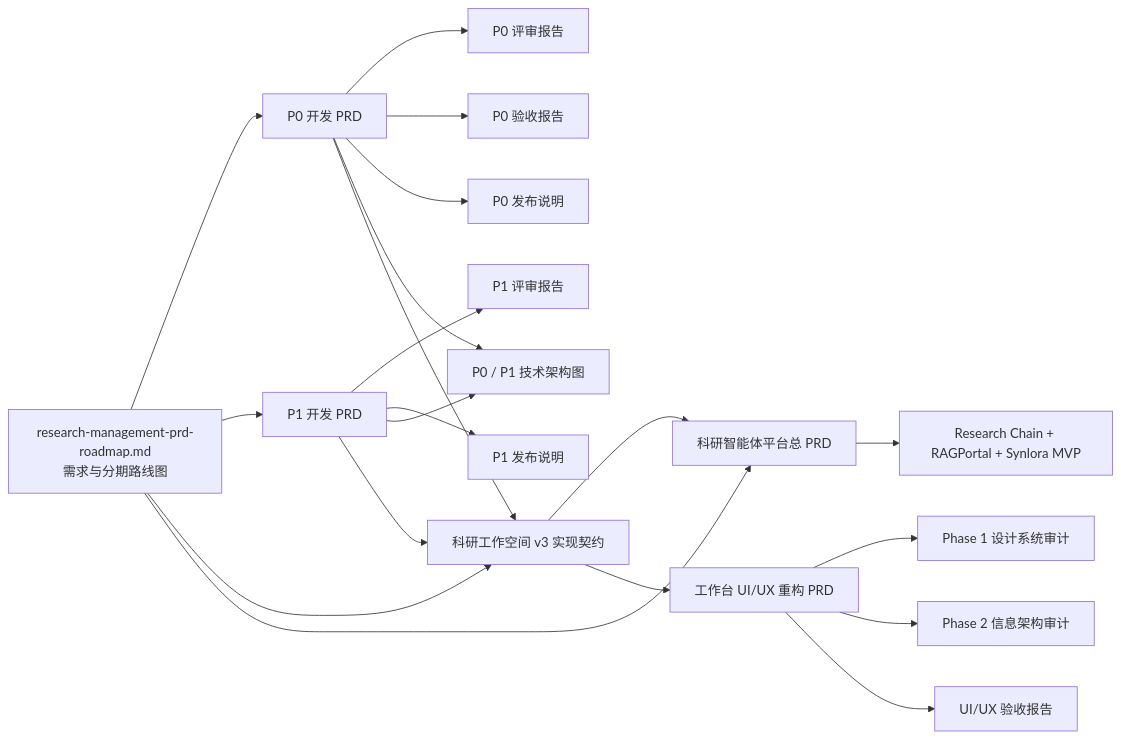
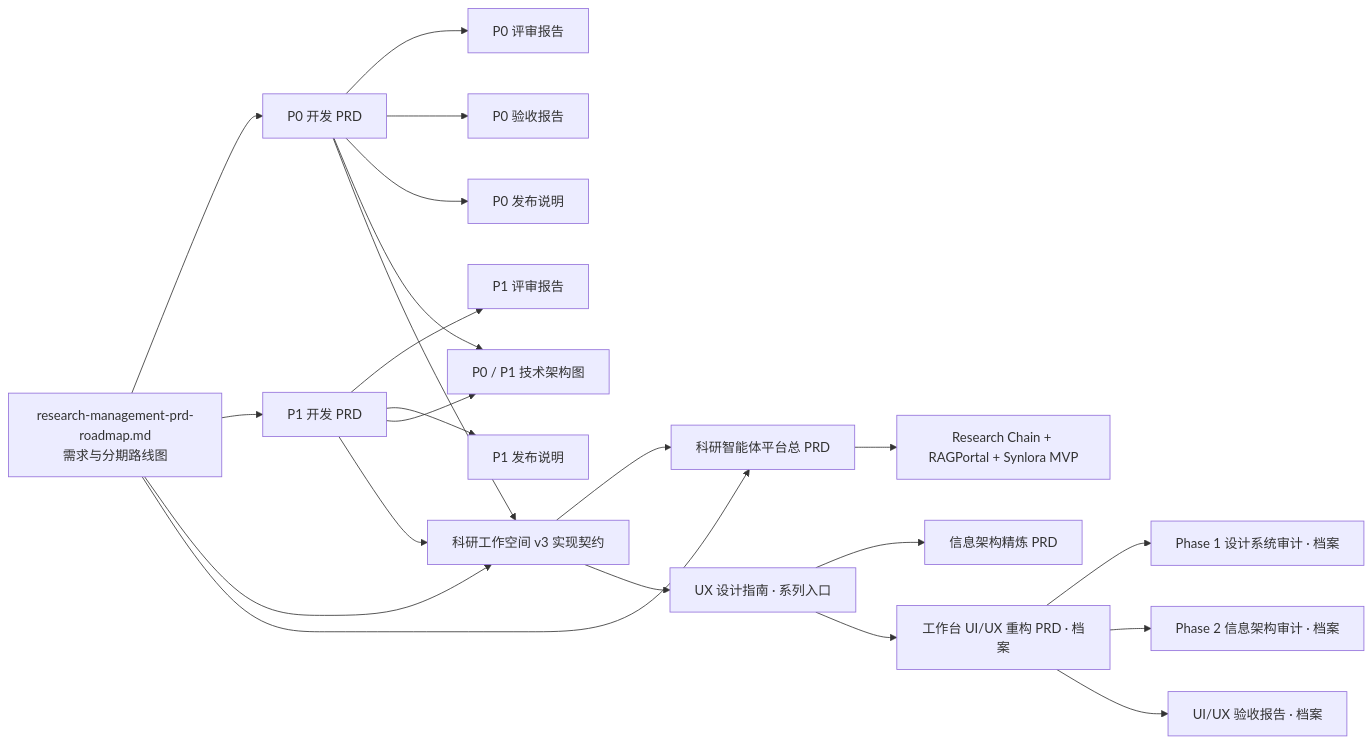
One commit to SynlysAI/plane changed the diagram in docs/README.md. Above: the diagram before and after it, drawn with Mermaid. The commit also changed other lines of this file and 2 other files, not shown here.

Commit message:
整合科研工作台 UX 设计文档
- 新增 UX 设计指南作为系列唯一入口与权威规范
- 沉淀产品三定位、信息分级方法、语义组件出口与页面模式
- 信息架构精炼 PRD 状态回写已实施并登记 v1.1 变更
- 文档索引将历史重构文档归组为档案并更新文档关系图

````diff
--- a/docs/README.md
+++ b/docs/README.md
@@ -60,22 +62,24 @@
 ```mermaid
 flowchart LR
     R[research-management-prd-roadmap.md<br/>需求与分期路线图] --> P0[P0 开发 PRD]
     R --> P1[P1 开发 PRD]
     P0 --> P0R[P0 评审报告]
     P1 --> P1R[P1 评审报告]
     P0 --> P0A[P0 验收报告]
     P0 --> P0N[P0 发布说明]
     P1 --> P1N[P1 发布说明]
     P0 --> ARCH[P0 / P1 技术架构图]
     P1 --> ARCH
     R --> V3[科研工作空间 v3 实现契约]
     P0 --> V3
     P1 --> V3
     R --> PLATFORM[科研智能体平台总 PRD]
     V3 --> PLATFORM
     PLATFORM --> MVP[Research Chain + RAGPortal + Synlora MVP]
-    V3 --> UIUX[工作台 UI/UX 重构 PRD]
-    UIUX --> AUDIT1[Phase 1 设计系统审计]
-    UIUX --> AUDIT2[Phase 2 信息架构审计]
-    UIUX --> ACCEPT[UI/UX 验收报告]
+    V3 --> GUIDE[UX 设计指南 · 系列入口]
+    GUIDE --> REFINEMENT[信息架构精炼 PRD]
+    GUIDE --> UIUX[工作台 UI/UX 重构 PRD · 档案]
+    UIUX --> AUDIT1[Phase 1 设计系统审计 · 档案]
+    UIUX --> AUDIT2[Phase 2 信息架构审计 · 档案]
+    UIUX --> ACCEPT[UI/UX 验收报告 · 档案]
 ```
````
